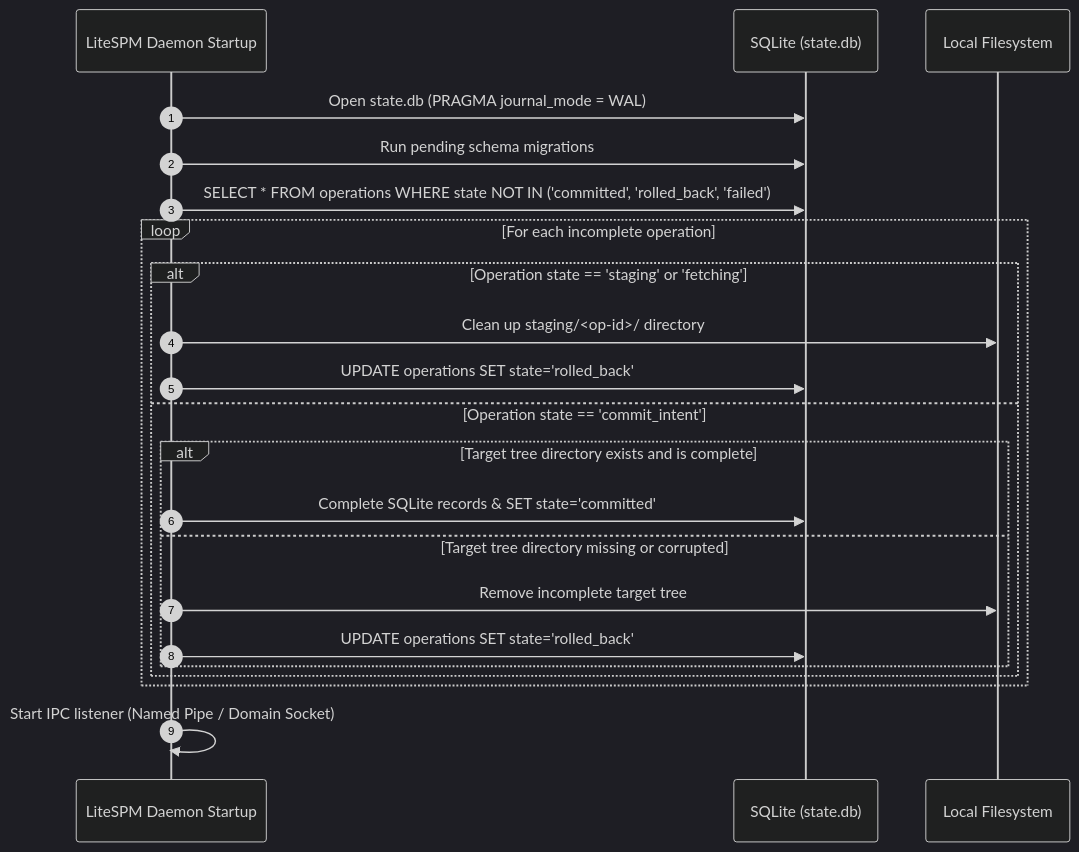
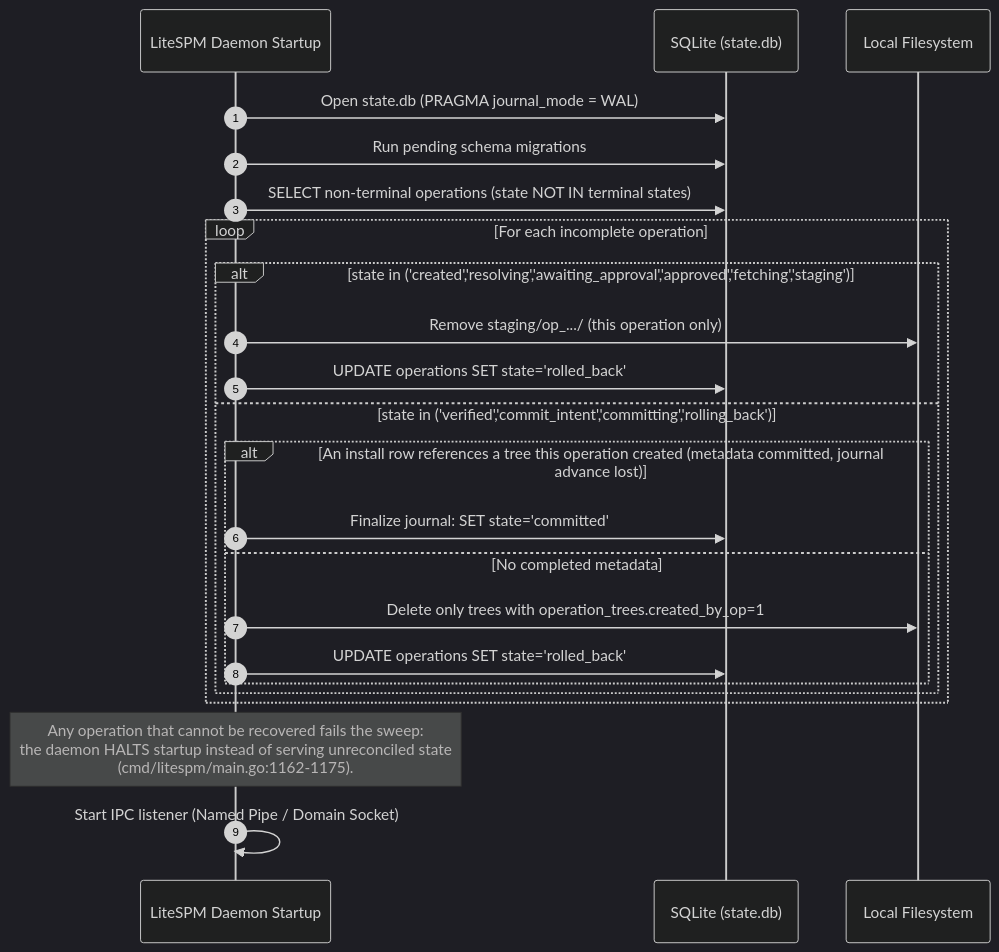
Before and after one commit to sarv-projects/LitePSM: the fourth of 4 diagrams in ARCH/02-HLD.md, drawn with Mermaid (dark theme). The commit also changed other lines of this file and 49 other files, not shown here.

First line of the commit message:
docs: overhaul documentation set to match verified code state

````diff
--- a/ARCH/02-HLD.md
+++ b/ARCH/02-HLD.md
@@ -206,25 +218,26 @@
 ```mermaid
 sequenceDiagram
     autonumber
     participant Daemon as LiteSPM Daemon Startup
     participant DB as SQLite (state.db)
     participant FS as Local Filesystem
 
     Daemon->>DB: Open state.db (PRAGMA journal_mode = WAL)
     Daemon->>DB: Run pending schema migrations
-    Daemon->>DB: SELECT * FROM operations WHERE state NOT IN ('committed', 'rolled_back', 'failed')
+    Daemon->>DB: SELECT non-terminal operations (state NOT IN terminal states)
     loop For each incomplete operation
-        alt Operation state == 'staging' or 'fetching'
-            Daemon->>FS: Clean up staging/<op-id>/ directory
+        alt state in ('created','resolving','awaiting_approval','approved','fetching','staging')
+            Daemon->>FS: Remove staging/op_.../ (this operation only)
             Daemon->>DB: UPDATE operations SET state='rolled_back'
-        else Operation state == 'commit_intent'
-            alt Target tree directory exists and is complete
-                Daemon->>DB: Complete SQLite records & SET state='committed'
-            else Target tree directory missing or corrupted
-                Daemon->>FS: Remove incomplete target tree
+        else state in ('verified','commit_intent','committing','rolling_back')
+            alt An install row references a tree this operation created (metadata committed, journal advance lost)
+                Daemon->>DB: Finalize journal: SET state='committed'
+            else No completed metadata
+                Daemon->>FS: Delete only trees with operation_trees.created_by_op=1
                 Daemon->>DB: UPDATE operations SET state='rolled_back'
             end
         end
     end
+    Note over Daemon: Any operation that cannot be recovered fails the sweep:<br/>the daemon HALTS startup instead of serving unreconciled state<br/>(cmd/litespm/main.go:1162-1175).
     Daemon->>Daemon: Start IPC listener (Named Pipe / Domain Socket)
 ```
````
